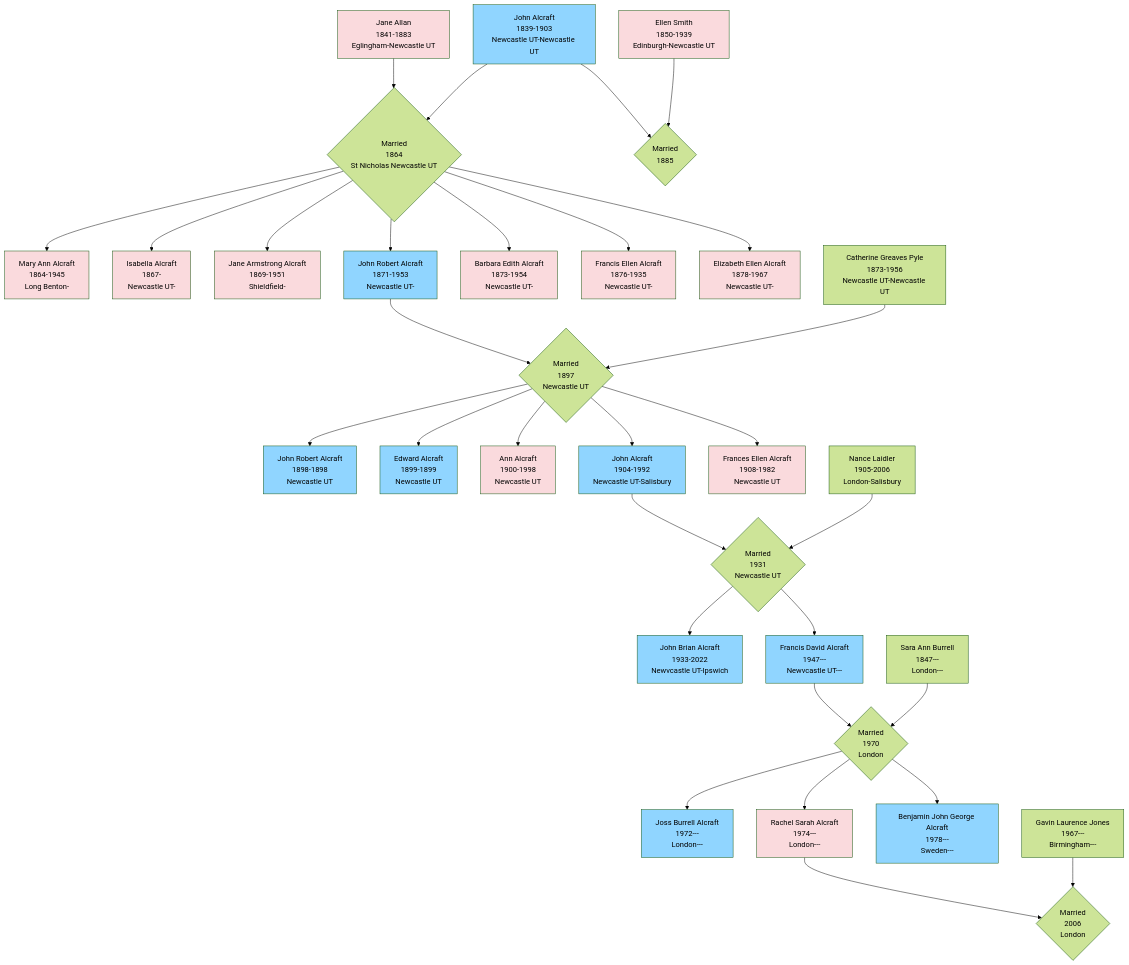
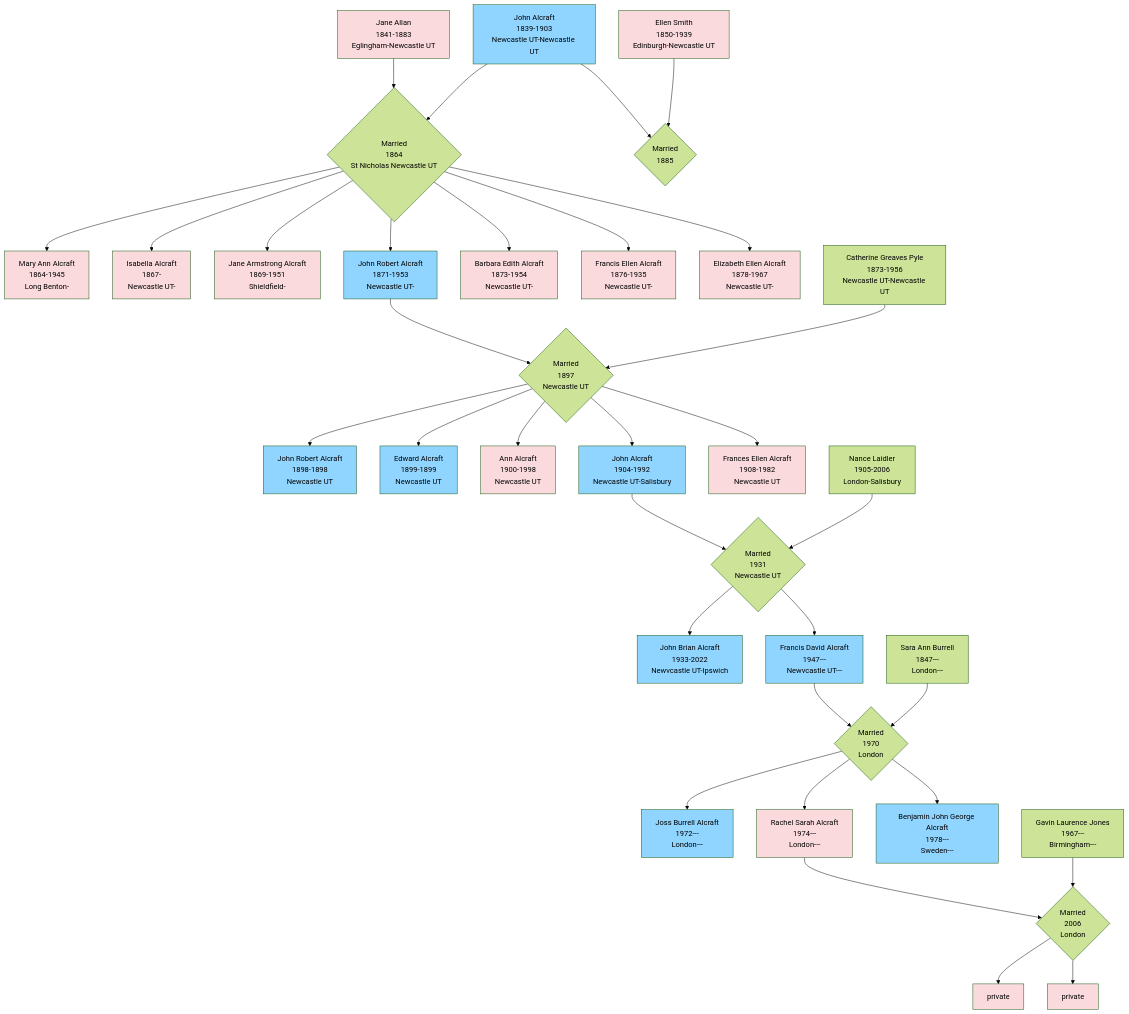
Before and after one commit to RachelAlcraft/family-tree: the diagram in docs/index.md, drawn with Mermaid (forest theme).

````diff
--- a/docs/index.md
+++ b/docs/index.md
@@ -6,70 +6,74 @@
 ``` mermaid
 flowchart TD  
 JA1[John Alcraft\n1839-1903\nNewcastle UT-Newcastle UT] --> JAJA{Married\n1864\nSt Nicholas Newcastle UT};
 style JA1 fill:#90d5ff
 click JA1 "jones" "JA1"
 JA2[Jane Allan\n1841-1883\nEglingham-Newcastle UT] --> JAJA;
 style JA2 fill:#FADADD
 click JA2 "jones" "JA2"
 ES[Ellen Smith\n1850-1939\nEdinburgh-Newcastle UT] --> JAES{Married\n1885};
 JA1 --> JAES
 JAJA -->MAA[Mary Ann Alcraft\n1864-1945\nLong Benton-];
 JAJA -->IA[Isabella Alcraft\n1867-\nNewcastle UT-];
 JAJA -->JAA[Jane Armstrong Alcraft\n1869-1951\nShieldfield-];
 JAJA -->JRA[John Robert Alcraft\n1871-1953\nNewcastle UT-];
 JAJA -->BEA[Barbara Edith Alcraft\n1873-1954\nNewcastle UT-];
 JAJA -->FEA[Francis Ellen Alcraft\n1876-1935\nNewcastle UT-];
 JAJA -->EEA[Elizabeth Ellen Alcraft\n1878-1967\nNewcastle UT-];
 
 JRA --> JRACGP{Married\n1897\nNewcastle UT};
 style JRA fill:#90d5ff
 CGP[Catherine Greaves Pyle\n1873-1956\nNewcastle UT-Newcastle UT];
 CGP --> JRACGP;
 JRACGP --> JRA2[John Robert Alcraft\n1898-1898\nNewcastle UT];
 style JRA2 fill:#90d5ff
 JRACGP --> EA[Edward Alcraft\n1899-1899\nNewcastle UT];
 style EA fill:#90d5ff
 JRACGP --> AA[Ann Alcraft\n1900-1998\nNewcastle UT];
 style AA fill:#FADADD
 JRACGP --> JA3[John Alcraft\n1904-1992\nNewcastle UT-Salisbury];
 style JA3 fill:#90d5ff
 JRACGP --> FEA2[Frances Ellen Alcraft\n1908-1982\nNewcastle UT];
 style FEA2 fill:#FADADD
 
 JA3 --> JA3NL{Married\n1931\nNewcastle UT};
 NL[Nance Laidler\n1905-2006\nLondon-Salisbury];
 NL --> JA3NL;
 JBA[John Brian Alcraft\n1933-2022\nNewvcastle UT-Ipswich];
 style JBA fill:#90d5ff
 FDA[Francis David Alcraft\n1947---\nNewvcastle UT---];
 style FDA fill:#90d5ff
 JA3NL --> JBA;
 JA3NL --> FDA;
 
 FDA --> FDASAB{Married\n1970\nLondon};
 SAB[Sara Ann Burrell\n1847---\nLondon---];
 SAB --> FDASAB;
 FDASAB -->JBA2[Joss Burrell Alcraft\n1972---\nLondon---];
 style JBA2 fill:#90d5ff
 FDASAB -->RSA[Rachel Sarah Alcraft\n1974---\nLondon---];
 style RSA fill:#FADADD
 FDASAB -->BJGA[Benjamin John George Alcraft\n1978---\nSweden---];
 style BJGA fill:#90d5ff
 
 RSA --> RSAGLJ{Married\n2006\nLondon};
 GLJ[Gavin Laurence Jones\n1967---\nBirmingham---] --> RSAGLJ
+RSAGLJ --> MAAJ[private]
+style MAAJ fill:#FADADD
+RSAGLJ --> VGAJ[private]
+style VGAJ fill:#FADADD
 
 
 
 
 style ES fill:#FADADD
 style MAA fill:#FADADD
 style IA fill:#FADADD
 style JAA fill:#FADADD
 style BEA fill:#FADADD
 style FEA fill:#FADADD
 style EEA fill:#FADADD
 
 
 
 ```
````
